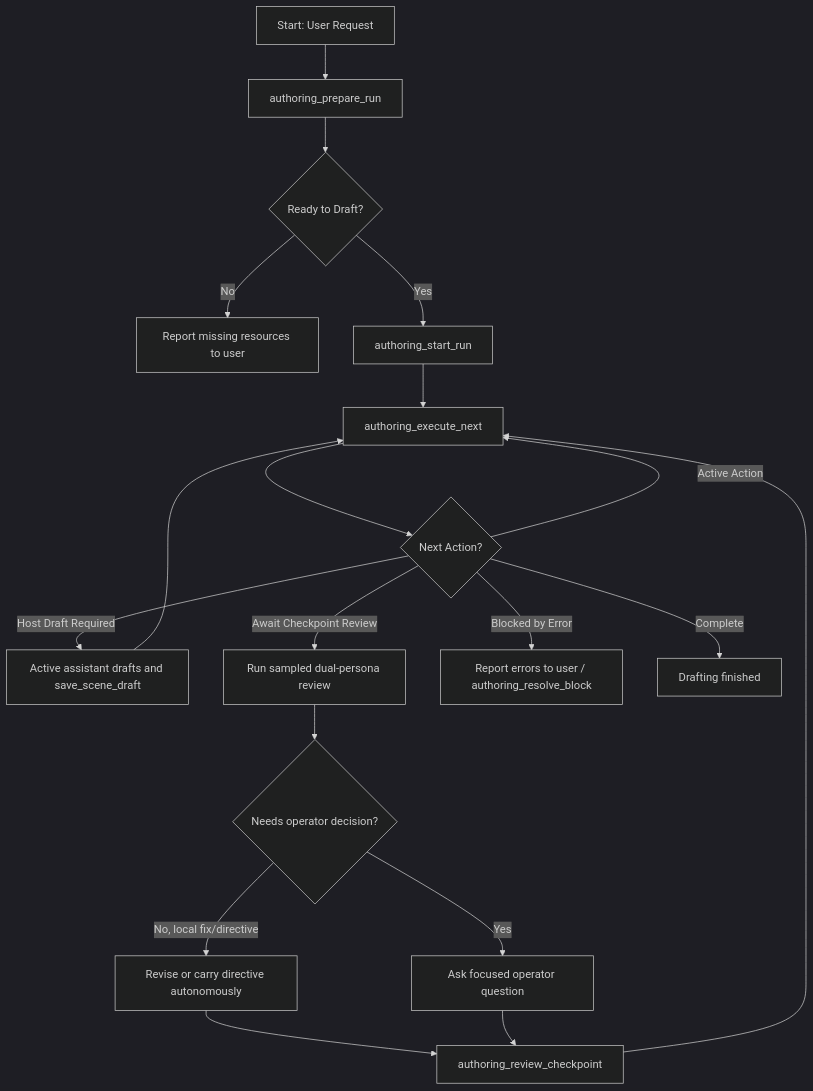
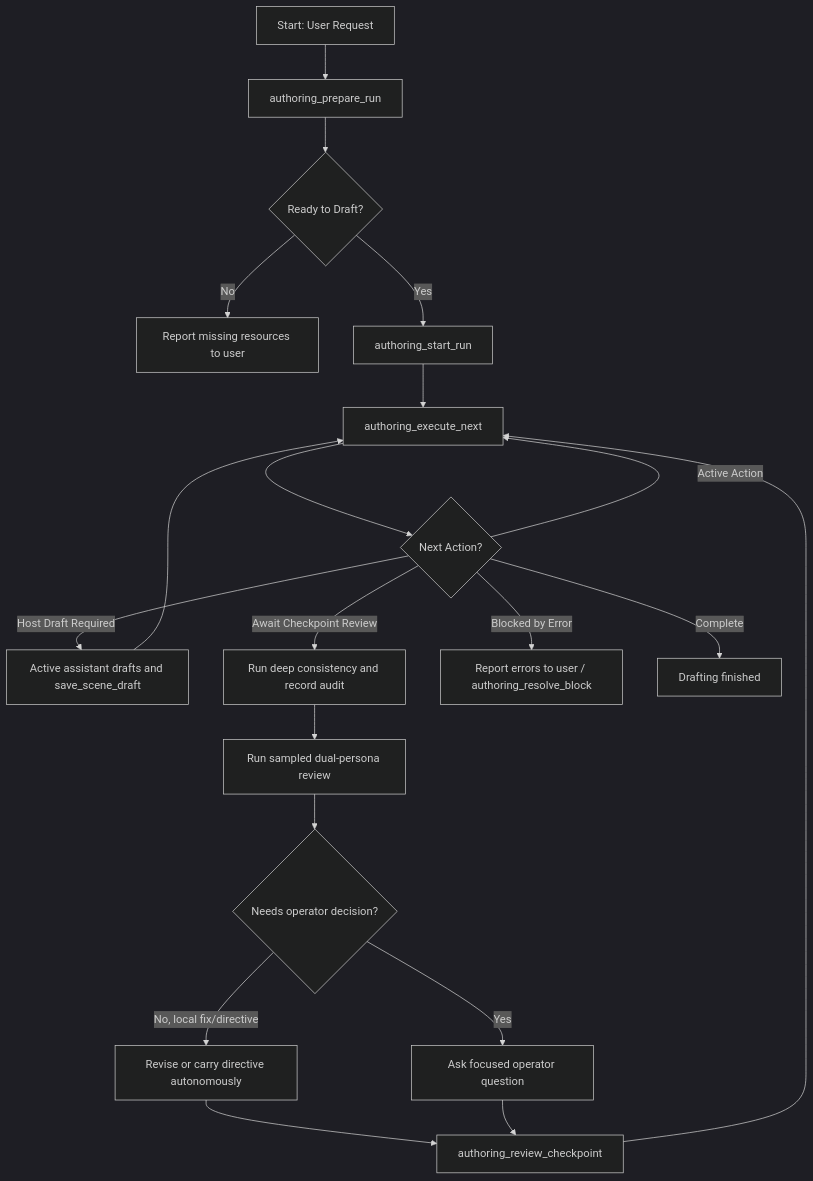
The diagram in docs/authoring-supervisor.md (VerifiedOrganic/spindle), drawn with Mermaid (dark theme) before and after one commit. The commit also changed other lines of this file and 7 other files, not shown here.

Commit message:
fix(authoring): split deep checkpoint audits

````diff
--- a/docs/authoring-supervisor.md
+++ b/docs/authoring-supervisor.md
@@ -48,21 +49,22 @@
 ```mermaid
 graph TD
     A[Start: User Request] --> B[authoring_prepare_run]
     B --> C{Ready to Draft?}
     C -- No --> D[Report missing resources to user]
     C -- Yes --> E[authoring_start_run]
     E --> F[authoring_execute_next]
     F --> G{Next Action?}
     G -- Host Draft Required --> L[Active assistant drafts and save_scene_draft]
     L --> F
     G -- Active Action --> F
-    G -- Await Checkpoint Review --> H[Run sampled dual-persona review]
+    G -- Await Checkpoint Review --> P[Run deep consistency and record audit]
+    P --> H[Run sampled dual-persona review]
     H --> M{Needs operator decision?}
     M -- No, local fix/directive --> N[Revise or carry directive autonomously]
     N --> I[authoring_review_checkpoint]
     M -- Yes --> O[Ask focused operator question]
     O --> I
     I --> F
     G -- Blocked by Error --> J[Report errors to user / authoring_resolve_block]
     G -- Complete --> K[Drafting finished]
 ```
````
